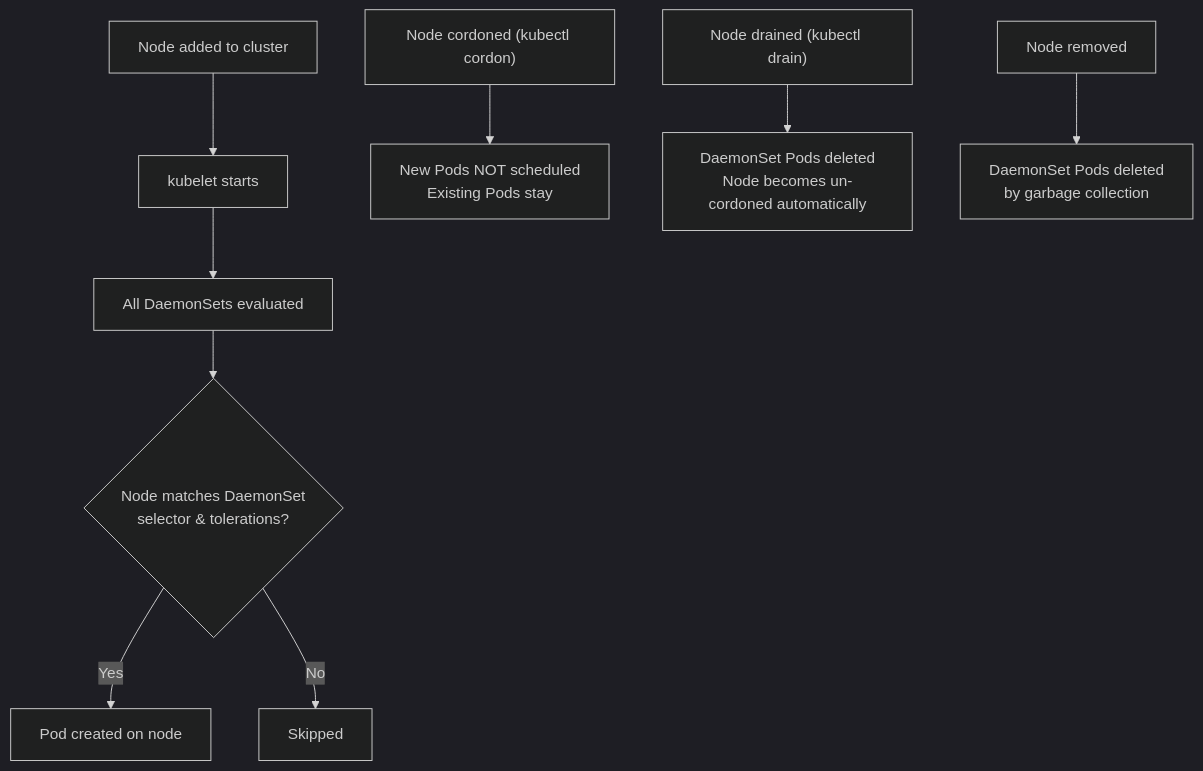
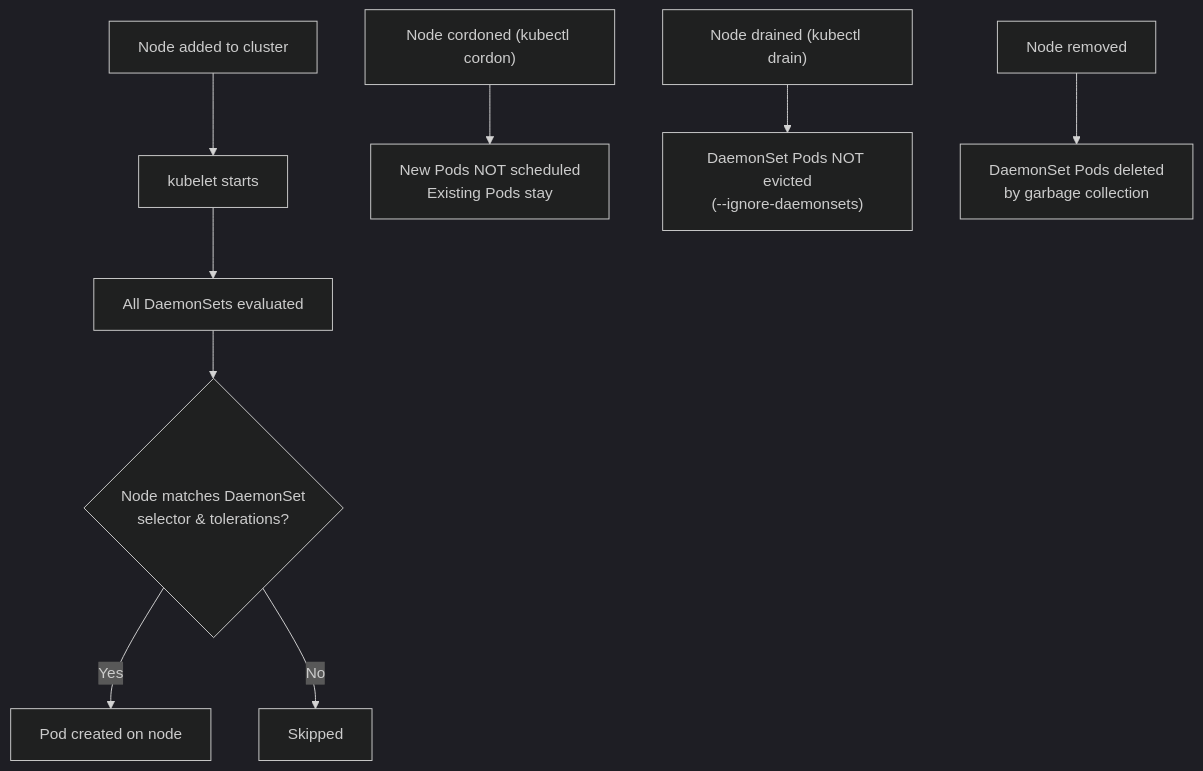
Before and after one commit to MattiaFanan/k8s-notes: the second of 2 diagrams in 04-daemonsets/2-mechanics/04-update-behavior.md, drawn with Mermaid (dark theme). The commit also changed other lines of this file and 66 other files, not shown here.

````diff
--- a/04-daemonsets/2-mechanics/04-update-behavior.md
+++ b/04-daemonsets/2-mechanics/04-update-behavior.md
@@ -93,12 +93,12 @@
 ```mermaid
 flowchart TD
     A["Node added to cluster"] --> B["kubelet starts"]
     B --> C["All DaemonSets evaluated"]
     C --> D{"Node matches DaemonSet<br/>selector & tolerations?"}
     D -->|Yes| E["Pod created on node"]
     D -->|No| F["Skipped"]
 
     G["Node cordoned (kubectl cordon)"] --> H["New Pods NOT scheduled<br/>Existing Pods stay"]
-    I["Node drained (kubectl drain)"] --> J["DaemonSet Pods deleted<br/>Node becomes un-cordoned automatically"]
+    I["Node drained (kubectl drain)"] --> J["DaemonSet Pods NOT evicted<br/>(--ignore-daemonsets)"]
     K["Node removed"] --> L["DaemonSet Pods deleted<br/>by garbage collection"]
 ```
````
